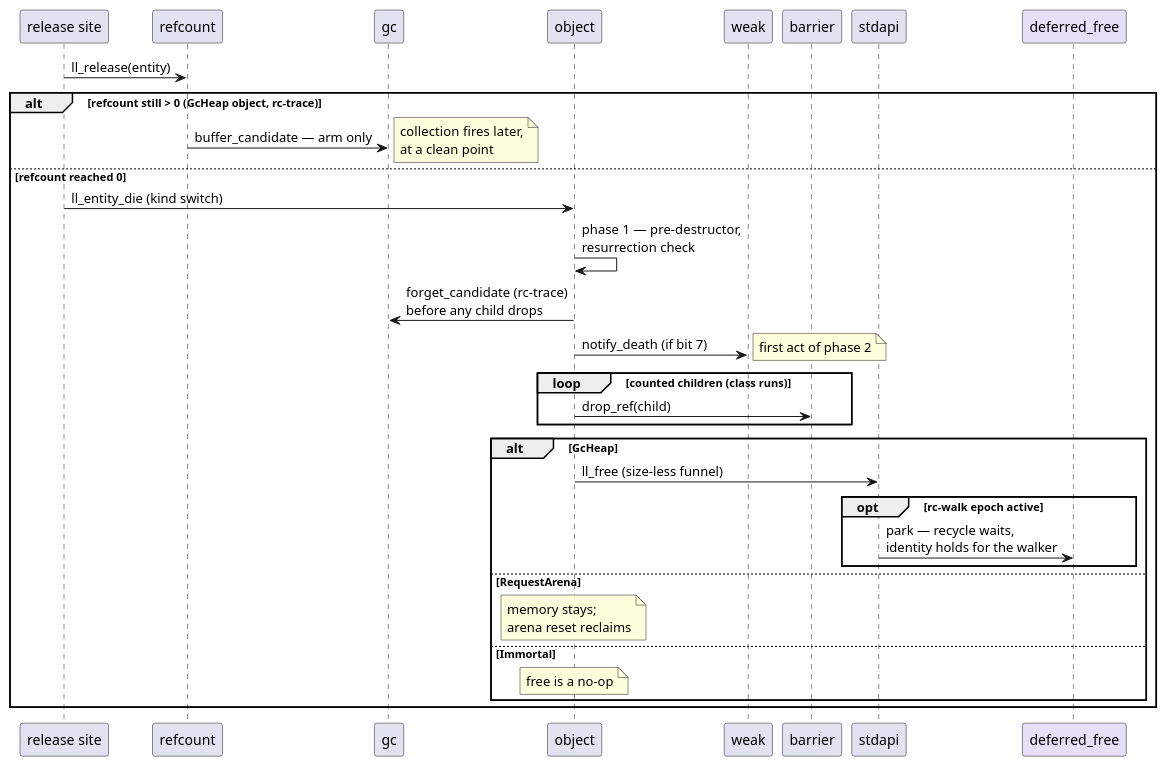
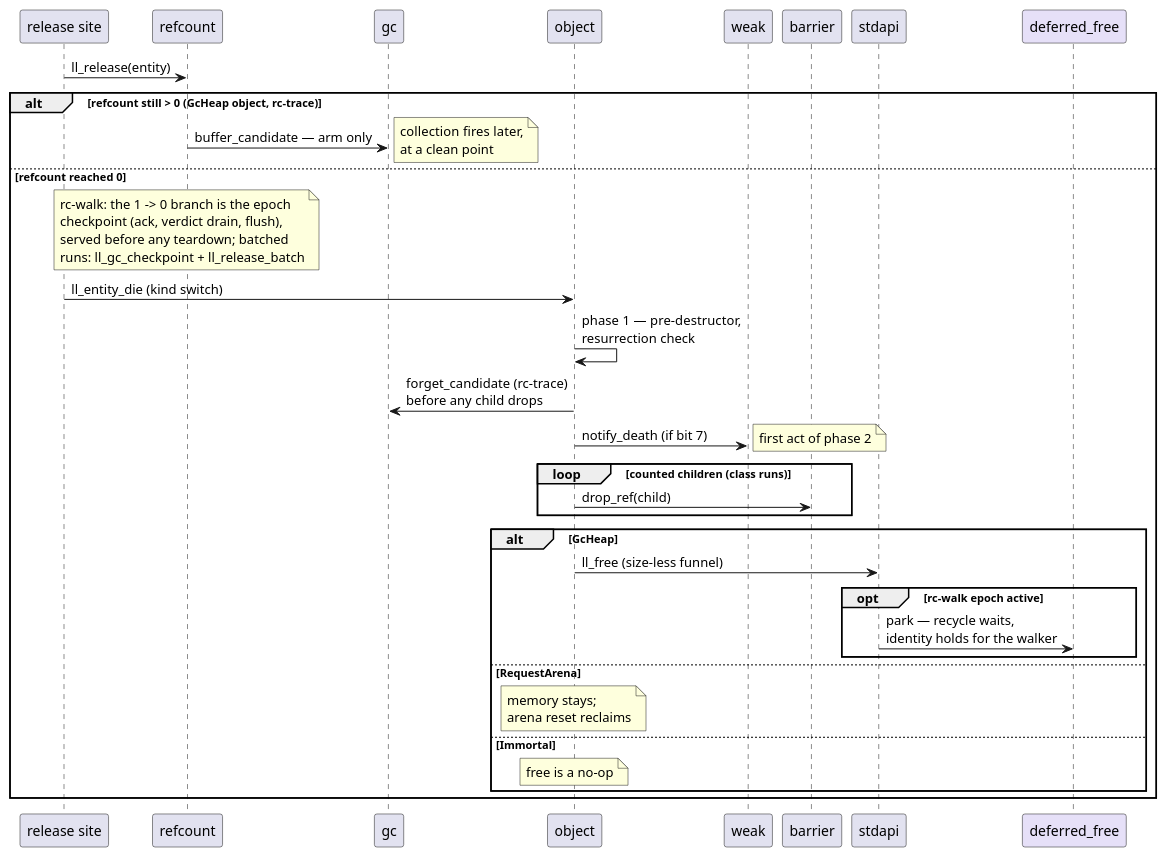
Before and after one commit to limelight-lang/model: the fifth of 7 diagrams in docs/architecture.md, drawn with PlantUML. The commit also changed other lines of this file and 7 other files, not shown here.

First line of the commit message:
epoch: checkpoint moves to ll_release's death branch; batched-release ABI

````diff
--- a/docs/architecture.md
+++ b/docs/architecture.md
@@ -277,38 +276,39 @@
 ```plantuml
 @startuml
 skinparam shadowing false
 participant "release site" as site
 participant refcount
 participant gc
 participant object
 participant weak
 participant barrier
 participant stdapi
 participant deferred_free as deferred #E6E0F8
 
 site -> refcount : ll_release(entity)
 alt refcount still > 0 (GcHeap object, rc-trace)
   refcount -> gc : buffer_candidate — arm only
   note right : collection fires later,\nat a clean point
 else refcount reached 0
+  note over refcount : rc-walk: the 1 -> 0 branch is the epoch\ncheckpoint (ack, verdict drain, flush),\nserved before any teardown; batched\nruns: ll_gc_checkpoint + ll_release_batch
   site -> object : ll_entity_die (kind switch)
   object -> object : phase 1 — pre-destructor,\nresurrection check
   object -> gc : forget_candidate (rc-trace)\nbefore any child drops
   object -> weak : notify_death (if bit 7)
   note right : first act of phase 2
   loop counted children (class runs)
     object -> barrier : drop_ref(child)
   end
   alt GcHeap
     object -> stdapi : ll_free (size-less funnel)
     opt rc-walk epoch active
       stdapi -> deferred : park — recycle waits,\nidentity holds for the walker
     end
   else RequestArena
     note over object : memory stays;\narena reset reclaims
   else Immortal
     note over object : free is a no-op
   end
 end
 @enduml
 ```
````
